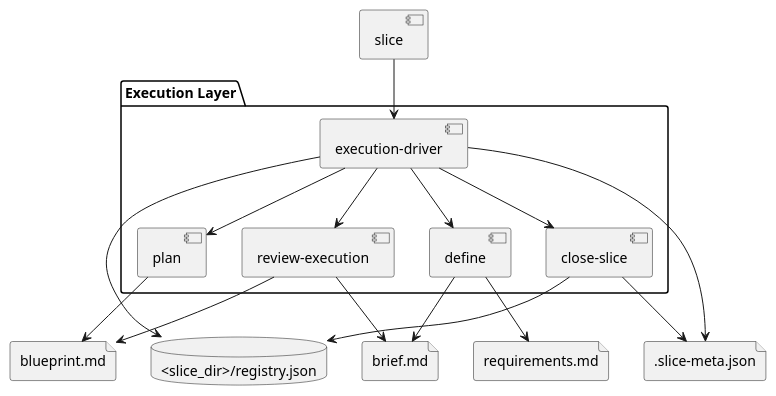
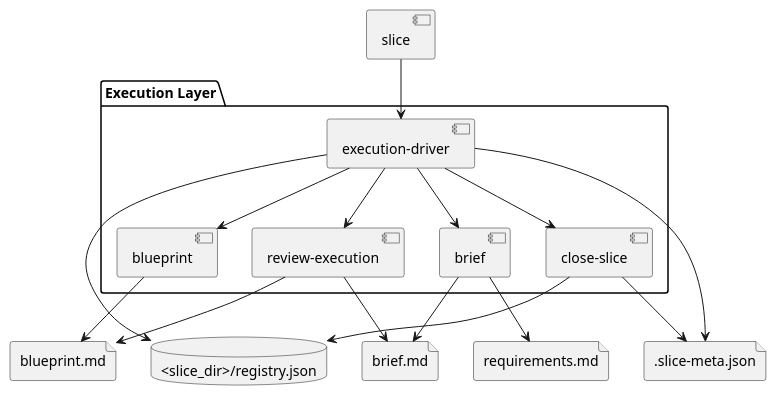
The diagram in docs/features/execution-workflow/system-design.md (sirius-cc-wu/sirius-skills), drawn with PlantUML before and after one commit. The commit also changed other lines of this file and 10 other files, not shown here.

First line of the commit message:
methodology: Rename 'define' skill to 'brief' and 'plan' to 'blueprint'

````diff
--- a/docs/features/execution-workflow/system-design.md
+++ b/docs/features/execution-workflow/system-design.md
@@ -39,32 +39,32 @@
 ```plantuml
 @startuml
 package "Execution Layer" {
   [execution-driver]
-  [define]
-  [plan]
+  [brief]
+  [blueprint]
   [review-execution]
   [close-slice]
 }
 
 database "<slice_dir>/registry.json" as Registry
 file ".slice-meta.json" as Meta
 file "brief.md" as Brief
 file "blueprint.md" as PlanDoc
 file "requirements.md" as Requirements
 
 [slice] --> [execution-driver]
 [execution-driver] --> Registry
 [execution-driver] --> Meta
-[execution-driver] --> [define]
-[execution-driver] --> [plan]
+[execution-driver] --> [brief]
+[execution-driver] --> [blueprint]
 [execution-driver] --> [review-execution]
 [execution-driver] --> [close-slice]
-[define] --> Brief
-[define] --> Requirements
-[plan] --> PlanDoc
+[brief] --> Brief
+[brief] --> Requirements
+[blueprint] --> PlanDoc
 [review-execution] --> Brief
 [review-execution] --> PlanDoc
 [close-slice] --> Meta
 [close-slice] --> Registry
 @enduml
 ```
````
